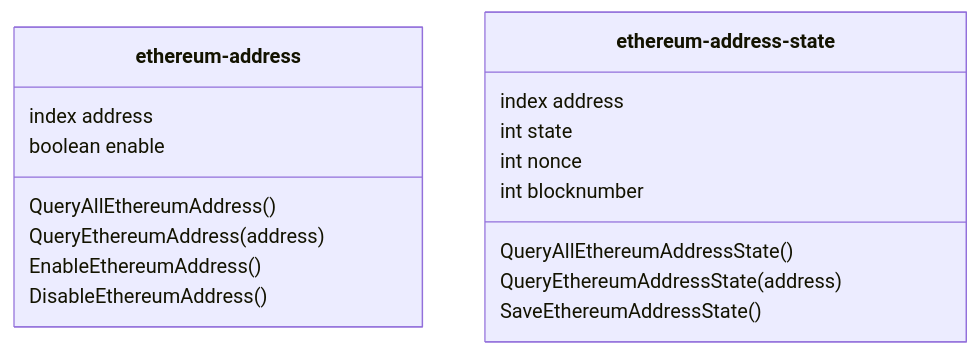
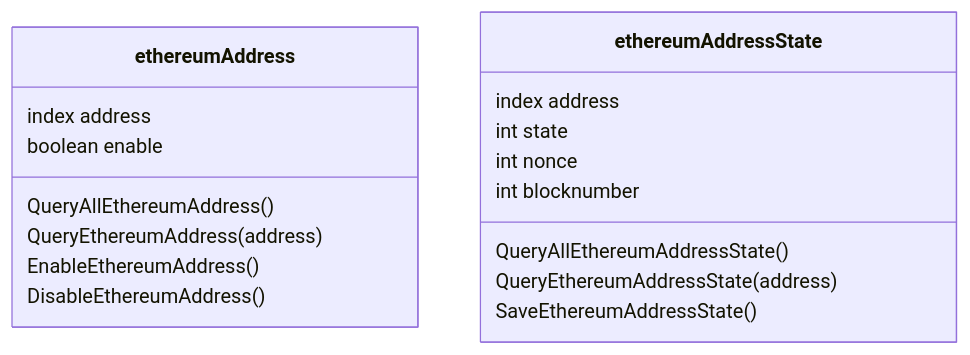
Before and after one commit to Neoll-Labs/o3n1: the first of 2 diagrams in README.md, drawn with Mermaid.

````diff
--- a/README.md
+++ b/README.md
@@ -24,26 +24,25 @@
 ```mermaid
 classDiagram
+ 
+class ethereumAddress{
+index address
+boolean enable
 
-class ethereum-address{
-    index address
-    boolean enable
-    
-    QueryAllEthereumAddress()
-    QueryEthereumAddress(address)
-    
-    EnableEthereumAddress()
-    DisableEthereumAddress()
+QueryAllEthereumAddress()
+QueryEthereumAddress(address)
+
+EnableEthereumAddress()
+DisableEthereumAddress()
 }
 
-class ethereum-address-state  {
-    index address
-    int state
-    int nonce
-    int blocknumber
-    
-    QueryAllEthereumAddressState()
-    QueryEthereumAddressState(address)
-    
-    SaveEthereumAddressState()
+class ethereumAddressState  {
+index address
+int state
+int nonce
+int blocknumber
+
+QueryAllEthereumAddressState()
+QueryEthereumAddressState(address)
+SaveEthereumAddressState()
 }
 ```
````
